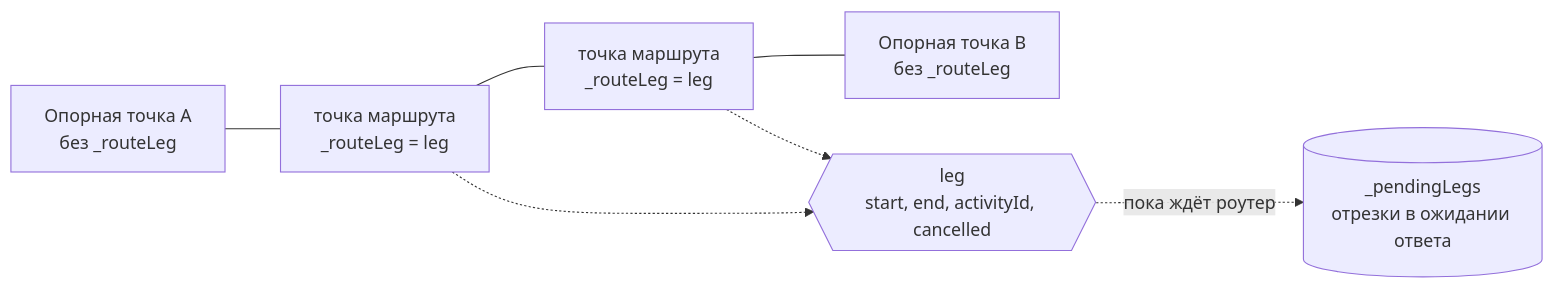
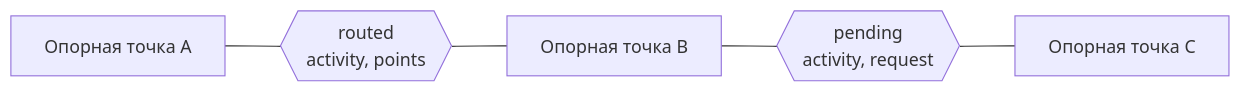
The first of 3 diagrams in docs/architecture/route-editor.md (sergeycw/nakarte), drawn with Mermaid before and after one commit. The commit also changed other lines of this file and 17 other files, not shown here.

````diff
--- a/docs/architecture/route-editor.md
+++ b/docs/architecture/route-editor.md
@@ -11,14 +11,10 @@
 ```mermaid
 flowchart LR
-    A["Опорная точка A<br/>без _routeLeg"]
-    p1["точка маршрута<br/>_routeLeg = leg"]
-    p2["точка маршрута<br/>_routeLeg = leg"]
-    B["Опорная точка B<br/>без _routeLeg"]
-    leg{{"leg<br/>start, end, activityId, cancelled"}}
-    pending[("_pendingLegs<br/>отрезки в ожидании ответа")]
+    A["Опорная точка A"]
+    B["Опорная точка B"]
+    C["Опорная точка C"]
+    l1{{"routed<br/>activity, points"}}
+    l2{{"pending<br/>activity, request"}}
 
-    A --- p1 --- p2 --- B
-    p1 -.-> leg
-    p2 -.-> leg
-    leg -.->|"пока ждёт роутер"| pending
+    A --- l1 --- B --- l2 --- C
 ```
````
